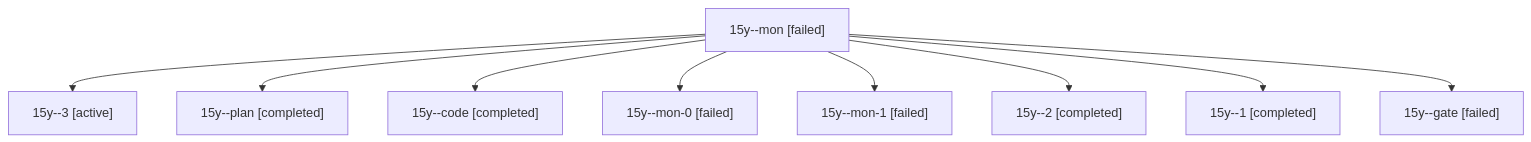
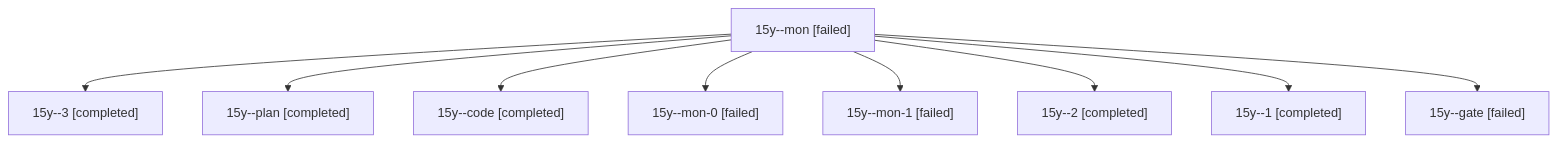
Before and after one commit to sase-org/sase--agents: the diagram in sessions/bbugyi200.athena.15y.md, drawn with Mermaid. The commit also changed other lines of this file and 20 other files, not shown here.

````diff
--- a/sessions/bbugyi200.athena.15y.md
+++ b/sessions/bbugyi200.athena.15y.md
@@ -9,20 +9,20 @@
 ```mermaid
 flowchart TD
   n0["15y--mon [failed]"]
-  n1["15y--3 [active]"]
+  n1["15y--3 [completed]"]
   n0 --> n1
   n2["15y--plan [completed]"]
   n0 --> n2
   n3["15y--code [completed]"]
   n0 --> n3
   n4["15y--mon-0 [failed]"]
   n0 --> n4
   n5["15y--mon-1 [failed]"]
   n0 --> n5
   n6["15y--2 [completed]"]
   n0 --> n6
   n7["15y--1 [completed]"]
   n0 --> n7
   n8["15y--gate [failed]"]
   n0 --> n8
 ```
````
